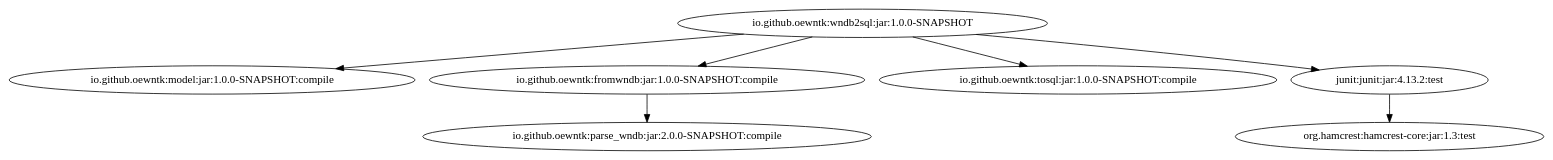
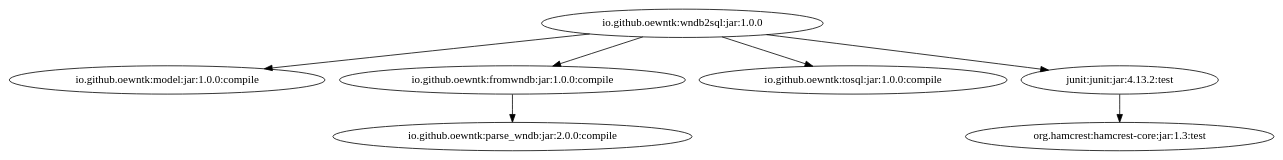
Before and after one commit to oewntk/grind_wndb2sql: the diagram in images/grind-wndb2sql.dot, drawn with Graphviz. The commit also changed 4 other files, not shown here.

```diff
--- a/images/grind-wndb2sql.dot
+++ b/images/grind-wndb2sql.dot
@@ -1,8 +1,8 @@
-digraph "io.github.oewntk:wndb2sql:jar:1.0.0-SNAPSHOT" { 
-	"io.github.oewntk:wndb2sql:jar:1.0.0-SNAPSHOT" -> "io.github.oewntk:model:jar:1.0.0-SNAPSHOT:compile" ; 
-	"io.github.oewntk:wndb2sql:jar:1.0.0-SNAPSHOT" -> "io.github.oewntk:fromwndb:jar:1.0.0-SNAPSHOT:compile" ; 
-	"io.github.oewntk:wndb2sql:jar:1.0.0-SNAPSHOT" -> "io.github.oewntk:tosql:jar:1.0.0-SNAPSHOT:compile" ; 
-	"io.github.oewntk:wndb2sql:jar:1.0.0-SNAPSHOT" -> "junit:junit:jar:4.13.2:test" ; 
-	"io.github.oewntk:fromwndb:jar:1.0.0-SNAPSHOT:compile" -> "io.github.oewntk:parse_wndb:jar:2.0.0-SNAPSHOT:compile" ; 
+digraph "io.github.oewntk:wndb2sql:jar:1.0.0" { 
+	"io.github.oewntk:wndb2sql:jar:1.0.0" -> "io.github.oewntk:model:jar:1.0.0:compile" ; 
+	"io.github.oewntk:wndb2sql:jar:1.0.0" -> "io.github.oewntk:fromwndb:jar:1.0.0:compile" ; 
+	"io.github.oewntk:wndb2sql:jar:1.0.0" -> "io.github.oewntk:tosql:jar:1.0.0:compile" ; 
+	"io.github.oewntk:wndb2sql:jar:1.0.0" -> "junit:junit:jar:4.13.2:test" ; 
+	"io.github.oewntk:fromwndb:jar:1.0.0:compile" -> "io.github.oewntk:parse_wndb:jar:2.0.0:compile" ; 
 	"junit:junit:jar:4.13.2:test" -> "org.hamcrest:hamcrest-core:jar:1.3:test" ; 
  } 
```
